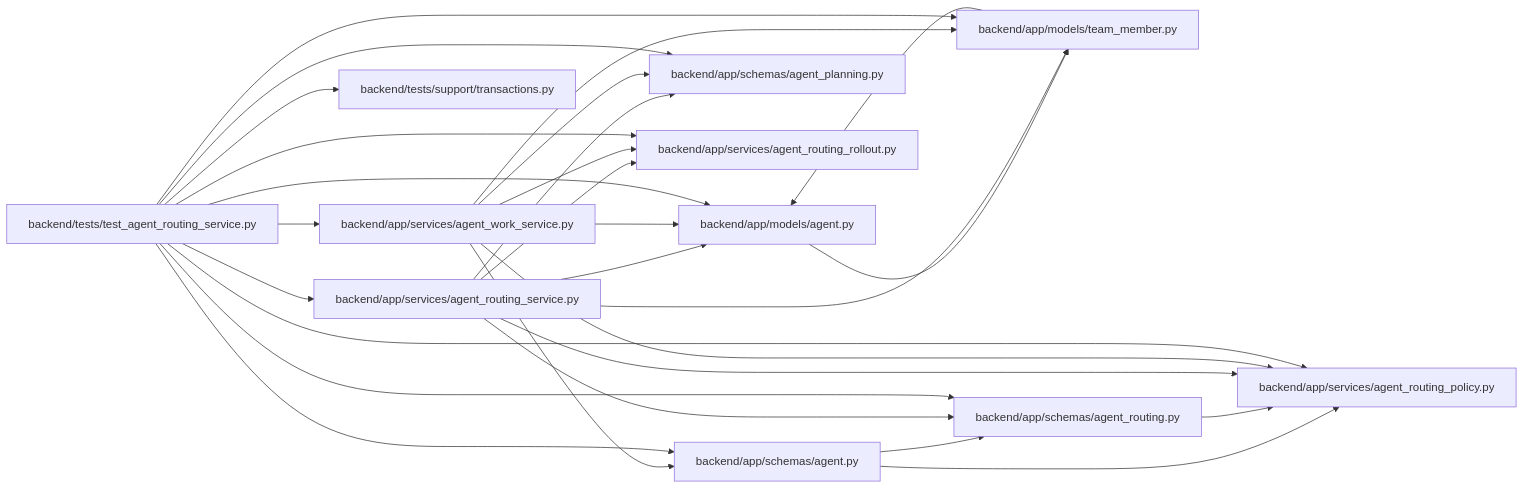
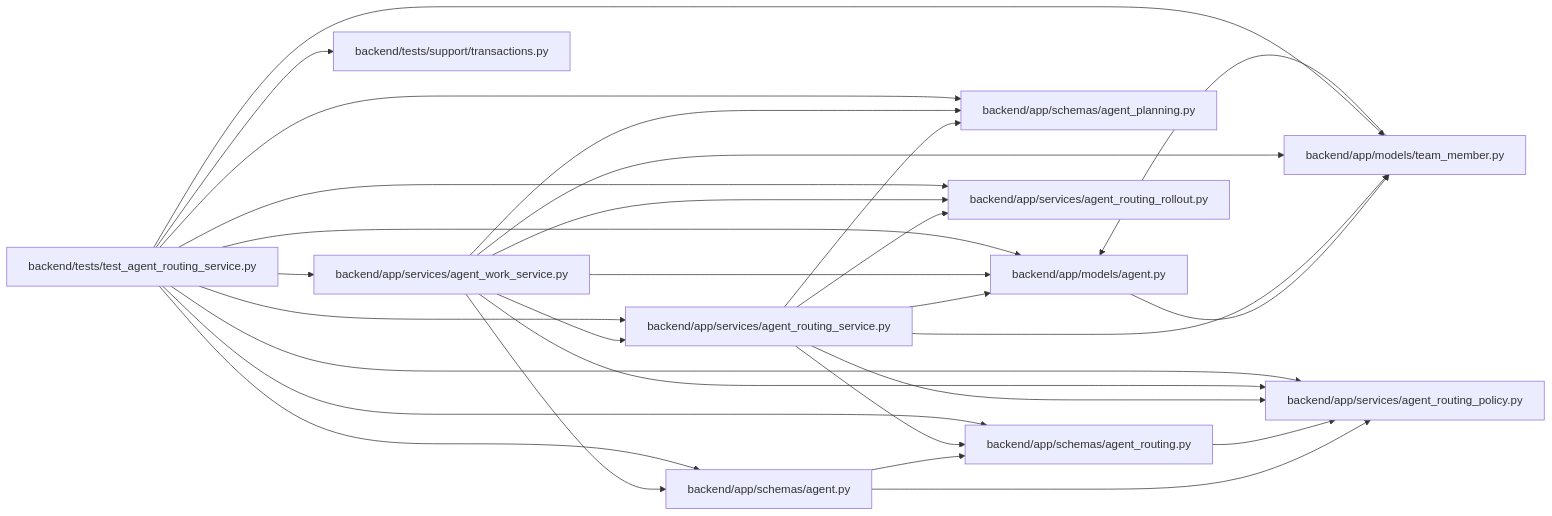
One commit to Denissvgn/WorkChord changed the diagram in docs/llm_wiki/modules/test_agent_routing_service.md. Above: the diagram before and after it, drawn with Mermaid. The commit also changed 25171 other files, not shown here.

````diff
--- a/docs/llm_wiki/modules/test_agent_routing_service.md
+++ b/docs/llm_wiki/modules/test_agent_routing_service.md
@@ -35,52 +35,53 @@
 ```mermaid
 flowchart LR
     n0["backend/app/models/agent.py"]
     n1["backend/app/models/team_member.py"]
     n2["backend/app/schemas/agent.py"]
     n3["backend/app/schemas/agent_planning.py"]
     n4["backend/app/schemas/agent_routing.py"]
     n5["backend/app/services/agent_routing_policy.py"]
     n6["backend/app/services/agent_routing_rollout.py"]
     n7["backend/app/services/agent_routing_service.py"]
     n8["backend/app/services/agent_work_service.py"]
     n9["backend/tests/support/transactions.py"]
     n10["backend/tests/test_agent_routing_service.py"]
     n0 --> n1
     n1 --> n0
     n2 --> n4
     n2 --> n5
     n4 --> n5
     n7 --> n0
     n7 --> n1
     n7 --> n3
     n7 --> n4
     n7 --> n5
     n7 --> n6
     n8 --> n0
     n8 --> n1
     n8 --> n2
     n8 --> n3
     n8 --> n5
     n8 --> n6
+    n8 --> n7
     n10 --> n0
     n10 --> n1
     n10 --> n2
     n10 --> n3
     n10 --> n4
     n10 --> n5
     n10 --> n6
     n10 --> n7
     n10 --> n8
     n10 --> n9
     click n0 "../modules/models_agent.md"
     click n1 "../modules/team_member.md"
     click n2 "../modules/schemas_agent.md"
     click n3 "../modules/schemas_agent_planning.md"
     click n4 "../modules/agent_routing.md"
     click n5 "../modules/agent_routing_policy.md"
     click n6 "../modules/agent_routing_rollout.md"
     click n7 "../modules/agent_routing_service.md"
     click n8 "../modules/agent_work_service.md"
     click n9 "../modules/transactions.md"
     click n10 "../modules/test_agent_routing_service.md"
 ```
````
